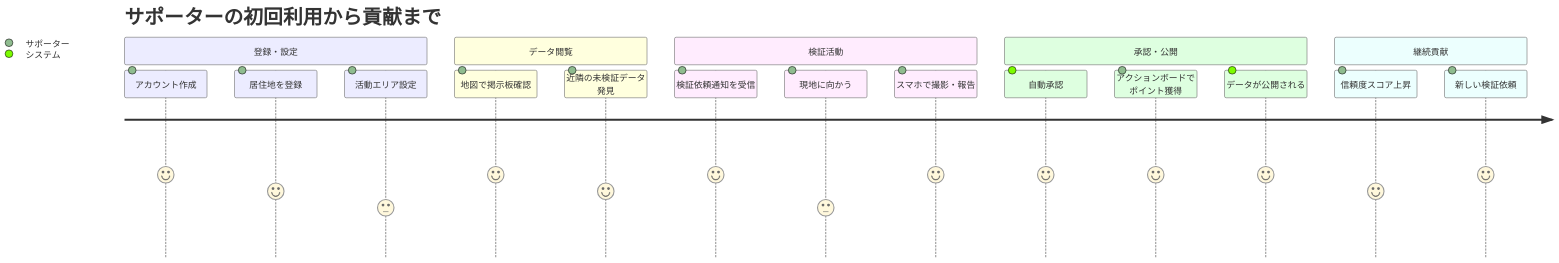
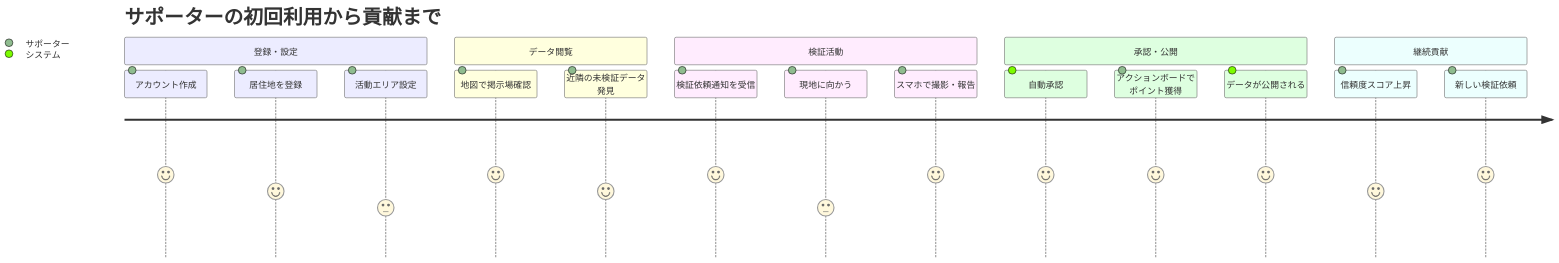
The second of 8 diagrams in docs/docs/requirements/project-overview.md (team-mirai-volunteer/polister), drawn with Mermaid before and after one commit. The commit also changed other lines of this file and 87 other files, not shown here.

````diff
--- a/docs/docs/requirements/project-overview.md
+++ b/docs/docs/requirements/project-overview.md
@@ -97,22 +97,22 @@
 ```mermaid
 journey
     title サポーターの初回利用から貢献まで
     section 登録・設定
       アカウント作成: 5: サポーター
       居住地を登録: 4: サポーター
       活動エリア設定: 3: サポーター
     section データ閲覧
-      地図で掲示板確認: 5: サポーター
+      地図で掲示場確認: 5: サポーター
       近隣の未検証データ発見: 4: サポーター
     section 検証活動
       検証依頼通知を受信: 5: サポーター
       現地に向かう: 3: サポーター
       スマホで撮影・報告: 5: サポーター
     section 承認・公開
       自動承認: 5: システム
       アクションボードでポイント獲得: 5: サポーター
       データが公開される: 5: システム
     section 継続貢献
       信頼度スコア上昇: 4: サポーター
       新しい検証依頼: 5: サポーター
 ```
````
